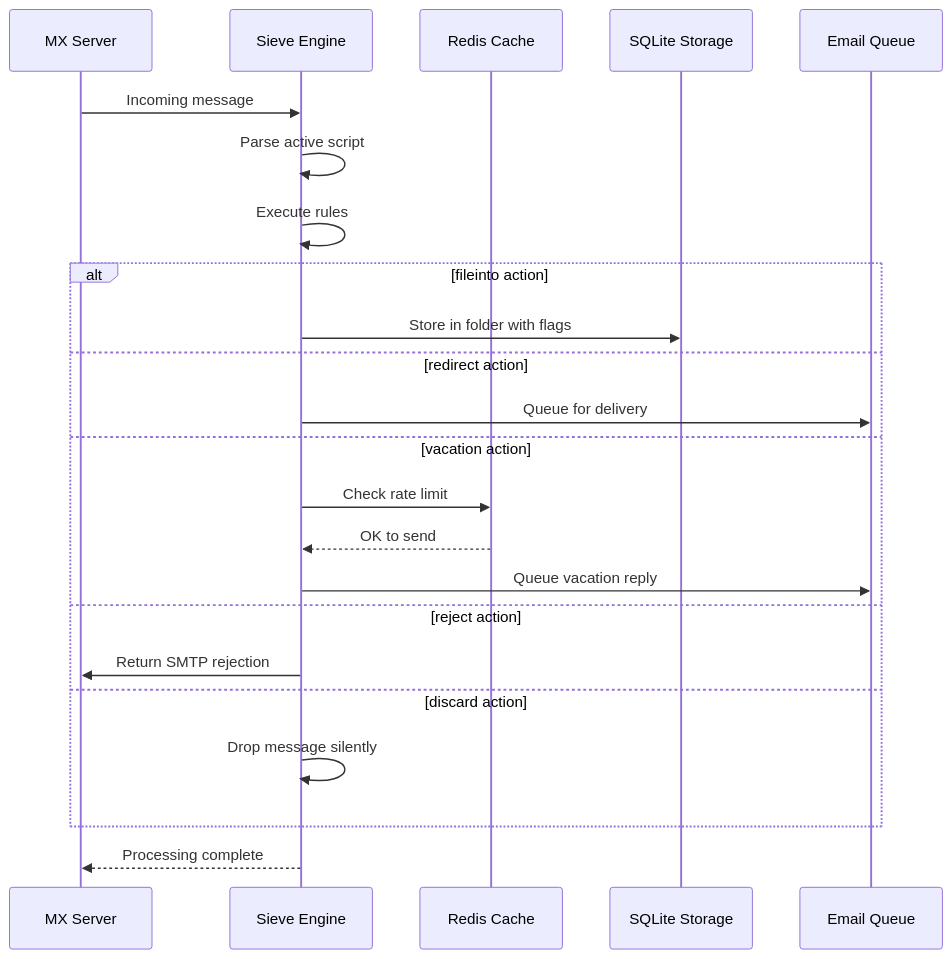
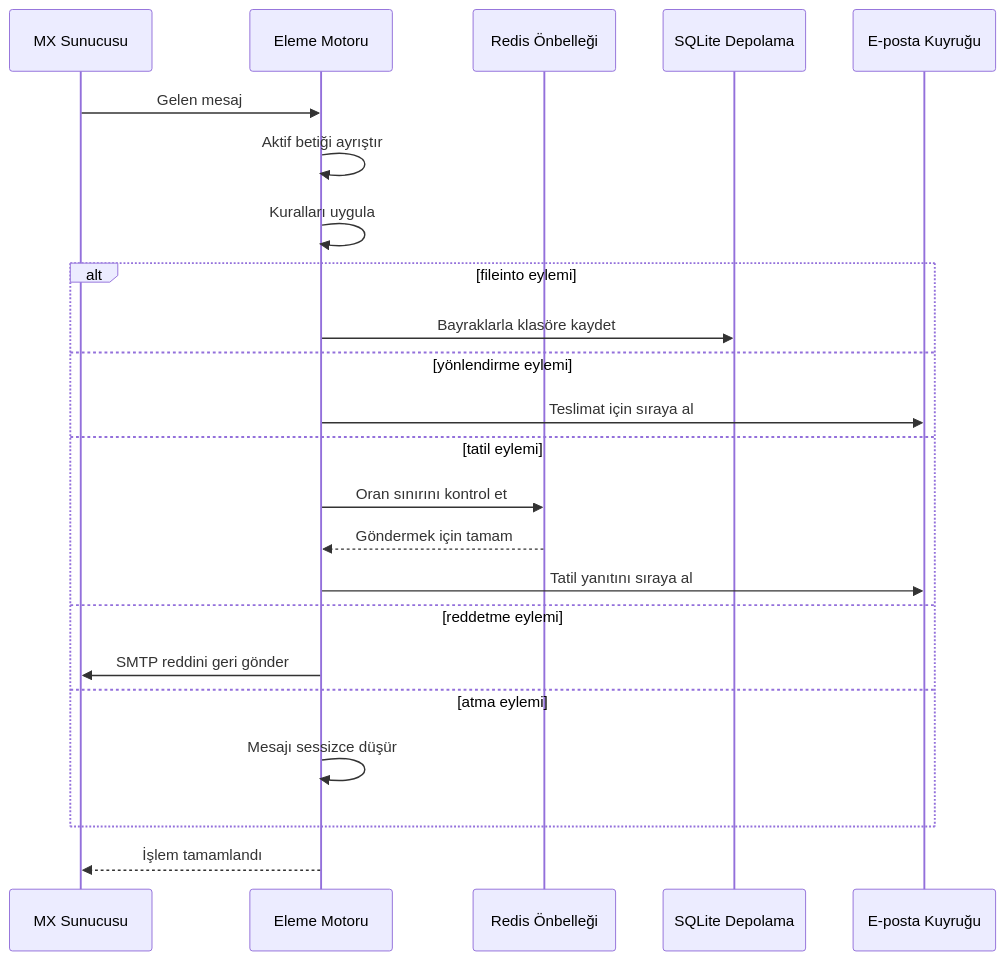
One commit to forwardemail/forwardemail.net changed the ninth of 16 diagrams in app/views/docs/email-protocols-rfc-compliance-imap-smtp-pop3-comparison/index-tr.md. Above: the diagram before and after it, drawn with Mermaid. The commit also changed other lines of this file and 1055 other files, not shown here.

````diff
--- a/app/views/docs/email-protocols-rfc-compliance-imap-smtp-pop3-comparison/index-tr.md
+++ b/app/views/docs/email-protocols-rfc-compliance-imap-smtp-pop3-comparison/index-tr.md
@@ -1176,28 +1168,28 @@
 ```mermaid
 sequenceDiagram
-    participant MX as MX Server
-    participant Sieve as Sieve Engine
-    participant Redis as Redis Cache
-    participant SQLite as SQLite Storage
-    participant Queue as Email Queue
+    participant MX as MX Sunucusu
+    participant Sieve as Eleme Motoru
+    participant Redis as Redis Önbelleği
+    participant SQLite as SQLite Depolama
+    participant Queue as E-posta Kuyruğu
 
-    MX->>Sieve: Incoming message
-    Sieve->>Sieve: Parse active script
-    Sieve->>Sieve: Execute rules
+    MX->>Sieve: Gelen mesaj
+    Sieve->>Sieve: Aktif betiği ayrıştır
+    Sieve->>Sieve: Kuralları uygula
 
-    alt fileinto action
-        Sieve->>SQLite: Store in folder with flags
-    else redirect action
-        Sieve->>Queue: Queue for delivery
-    else vacation action
-        Sieve->>Redis: Check rate limit
-        Redis-->>Sieve: OK to send
-        Sieve->>Queue: Queue vacation reply
-    else reject action
-        Sieve->>MX: Return SMTP rejection
-    else discard action
-        Sieve->>Sieve: Drop message silently
+    alt fileinto eylemi
+        Sieve->>SQLite: Bayraklarla klasöre kaydet
+    else yönlendirme eylemi
+        Sieve->>Queue: Teslimat için sıraya al
+    else tatil eylemi
+        Sieve->>Redis: Oran sınırını kontrol et
+        Redis-->>Sieve: Göndermek için tamam
+        Sieve->>Queue: Tatil yanıtını sıraya al
+    else reddetme eylemi
+        Sieve->>MX: SMTP reddini geri gönder
+    else atma eylemi
+        Sieve->>Sieve: Mesajı sessizce düşür
     end
 
-    Sieve-->>MX: Processing complete
+    Sieve-->>MX: İşlem tamamlandı
 ```
````
